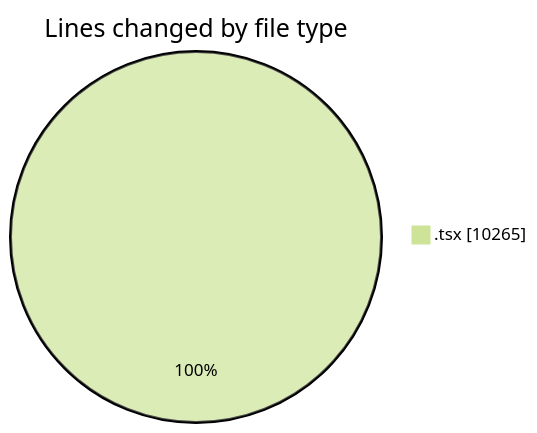
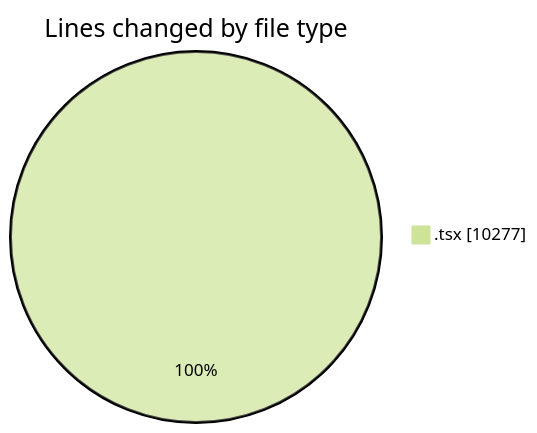
The first of 2 diagrams in 2026-06-17/nxtqube_webapp/README.md (nxtqubesakshisongat/code-tracking), drawn with Mermaid (forest theme) before and after one commit. The commit also changed other lines of this file and 1 other file, not shown here.

````diff
--- a/2026-06-17/nxtqube_webapp/README.md
+++ b/2026-06-17/nxtqube_webapp/README.md
@@ -34,5 +34,5 @@
 ```mermaid
 pie showData
 title Lines changed by file type
-".tsx" : 10265
+".tsx" : 10277
 ```
````
